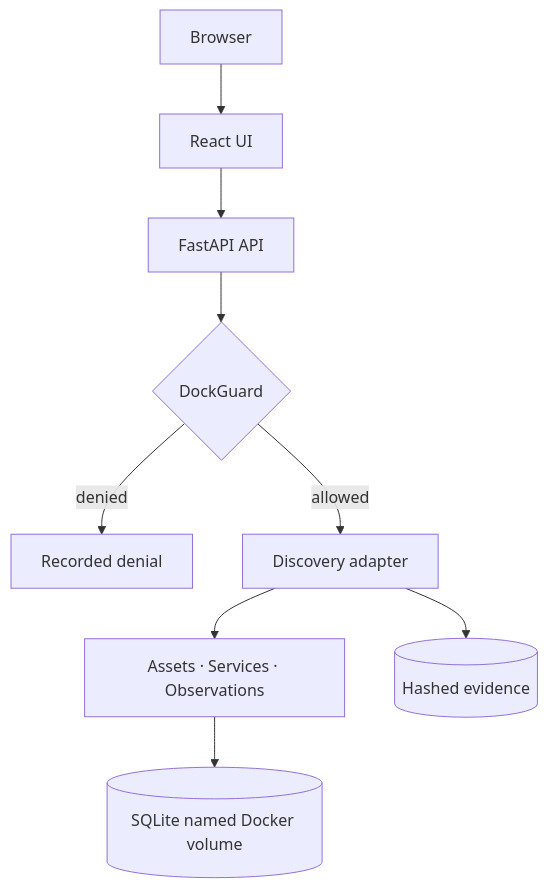
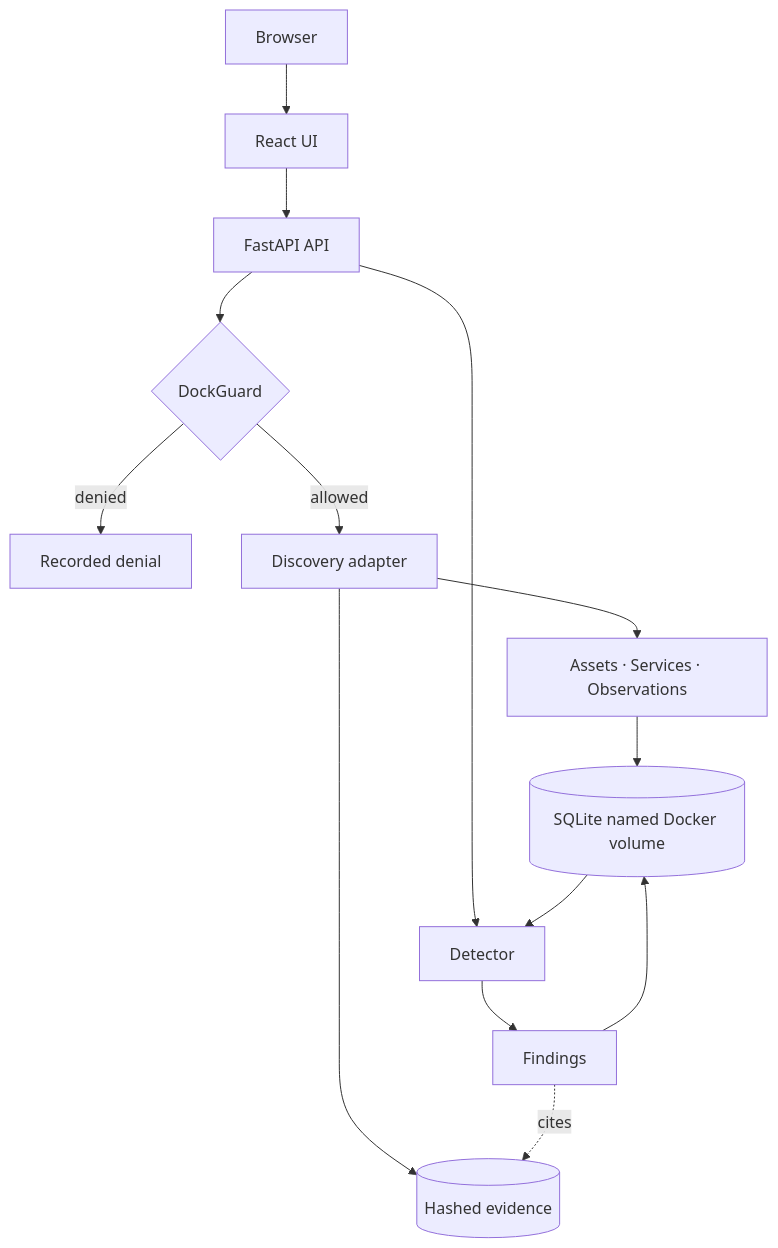
The diagram in README.md (chriswayneh/RedDock), drawn with Mermaid before and after one commit. The commit also changed other lines of this file and 17 other files, not shown here.

````diff
--- a/README.md
+++ b/README.md
@@ -86,11 +103,16 @@
 ```mermaid
 flowchart TB
   Browser[Browser] --> UI[React UI]
   UI --> API[FastAPI API]
   API --> Guard{DockGuard}
   Guard -->|denied| Audit[Recorded denial]
   Guard -->|allowed| Adapter[Discovery adapter]
   Adapter --> Normalize[Assets · Services · Observations]
   Normalize --> Database[(SQLite named Docker volume)]
   Adapter --> Evidence[(Hashed evidence)]
+  API --> Detect[Detector]
+  Database --> Detect
+  Detect --> Findings[Findings]
+  Findings --> Database
+  Findings -.cites.-> Evidence
 ```
````
